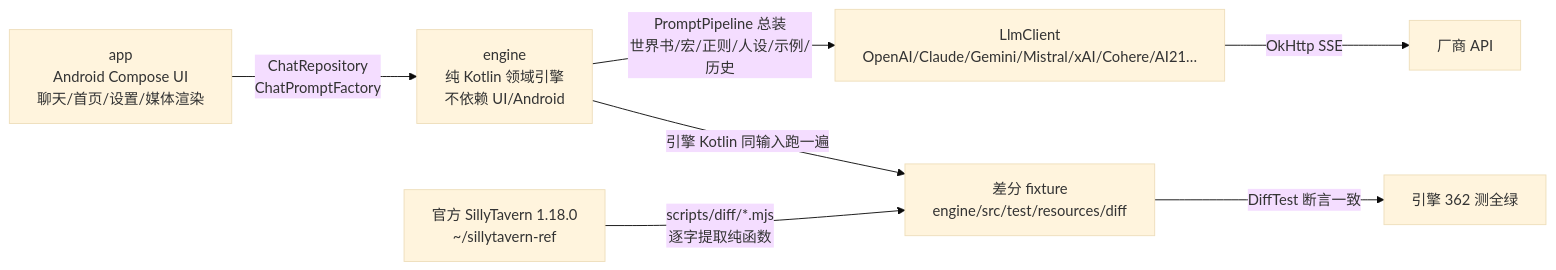
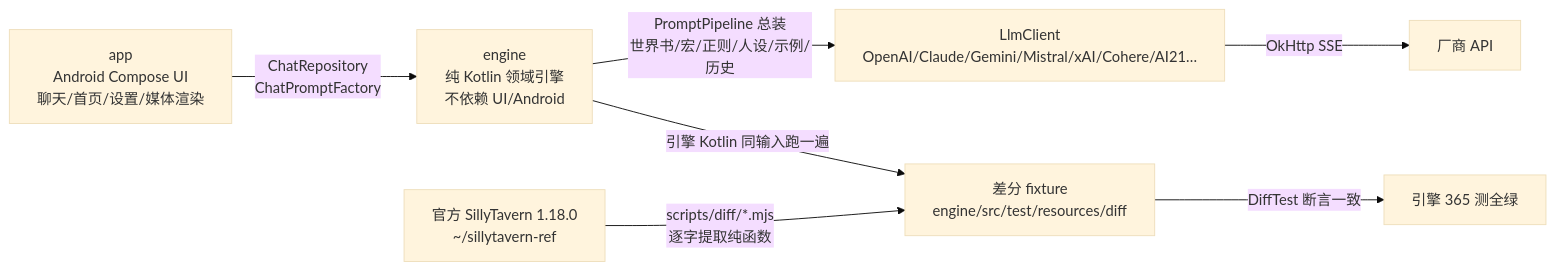
Before and after one commit to heikeyangle-code/ember-inn: the diagram in docs/HANDOFF.md, drawn with Mermaid (base theme). The commit also changed other lines of this file, not shown here.

Commit message:
docs(HANDOFF): 同步差分计数 94 行/2911 例、引擎测试 365、章节重编号（3.14 向量/3.15 表情）、图像生成完成度

````diff
--- a/docs/HANDOFF.md
+++ b/docs/HANDOFF.md
@@ -8,9 +8,9 @@
 ```mermaid
 flowchart LR
  A[app<br/>Android Compose UI<br/>聊天/首页/设置/媒体渲染] -->|ChatRepository<br/>ChatPromptFactory| B[engine<br/>纯 Kotlin 领域引擎<br/>不依赖 UI/Android]
  B -->|PromptPipeline 总装<br/>世界书/宏/正则/人设/示例/历史| C[LlmClient<br/>OpenAI/Claude/Gemini/Mistral/xAI/Cohere/AI21…]
  C -->|OkHttp SSE| D[厂商 API]
  E[官方 SillyTavern 1.18.0<br/>~/sillytavern-ref] -->|scripts/diff/*.mjs<br/>逐字提取纯函数| F[差分 fixture<br/>engine/src/test/resources/diff]
  B -->|引擎 Kotlin 同输入跑一遍| F
- F -->|DiffTest 断言一致| G[引擎 362 测全绿]
+ F -->|DiffTest 断言一致| G[引擎 365 测全绿]
 ```
````
